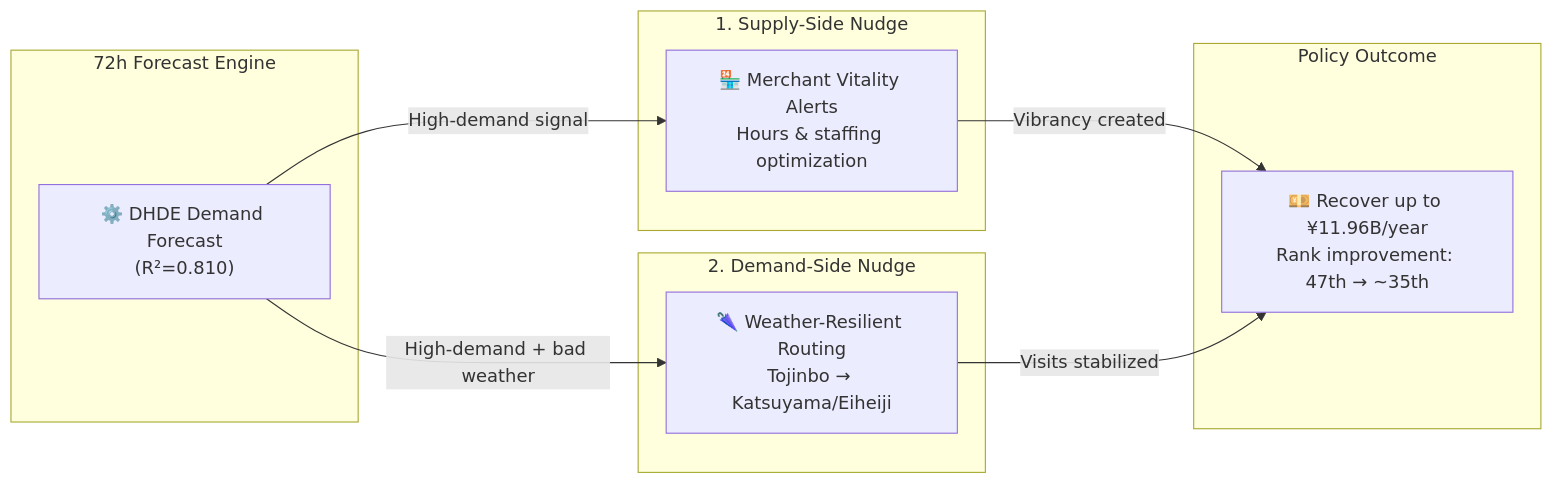
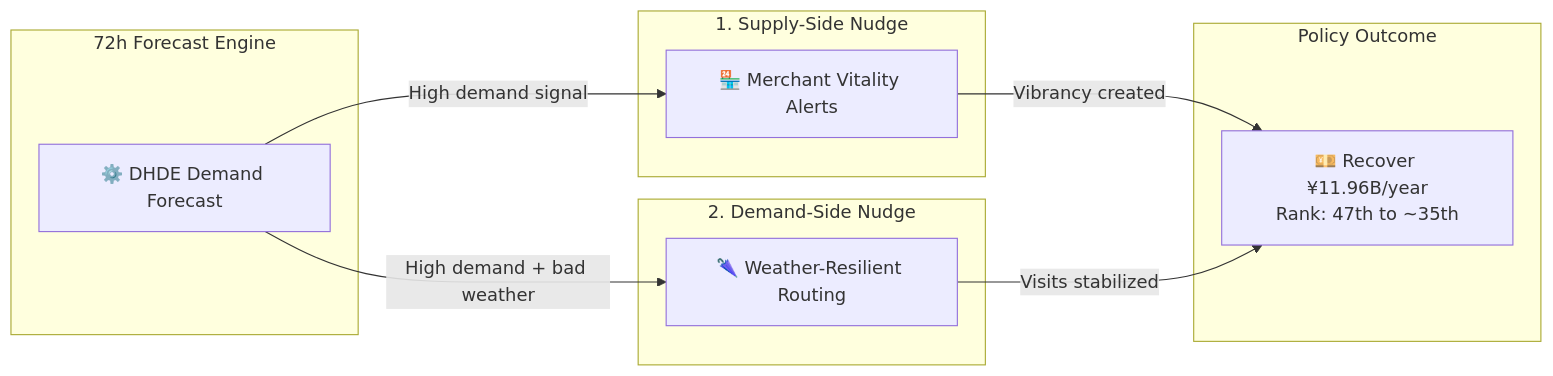
The second of 2 diagrams in output/EXECUTIVE_REPORT.md (dinabelay-hub/hokuriku-tourism-ai-governance), drawn with Mermaid before and after one commit. The commit also changed other lines of this file, not shown here.

````diff
--- a/output/EXECUTIVE_REPORT.md
+++ b/output/EXECUTIVE_REPORT.md
@@ -118,19 +106,19 @@
 ```mermaid
 graph LR
 	subgraph Forecast["72h Forecast Engine"]
-		F["⚙️ DHDE Demand Forecast<br/>(R²=0.810)"]
+		F["⚙️ DHDE Demand Forecast"]
 	end
 	subgraph Supply["1. Supply-Side Nudge"]
-		SN["🏪 Merchant Vitality Alerts<br/>Hours & staffing optimization"]
+		SN["🏪 Merchant Vitality Alerts"]
 	end
 	subgraph Demand["2. Demand-Side Nudge"]
-		DN["🌂 Weather-Resilient Routing<br/>Tojinbo → Katsuyama/Eiheiji"]
+		DN["🌂 Weather-Resilient Routing"]
 	end
 	subgraph Outcome["Policy Outcome"]
-		R["💴 Recover up to ¥11.96B/year<br/>Rank improvement: 47th → ~35th"]
+		R["💴 Recover ¥11.96B/year<br/>Rank: 47th to ~35th"]
 	end
-	F -->|"High-demand signal"| SN
-	F -->|"High-demand + bad weather"| DN
+	F -->|"High demand signal"| SN
+	F -->|"High demand + bad weather"| DN
 	SN -->|"Vibrancy created"| R
 	DN -->|"Visits stabilized"| R
 ```
````
